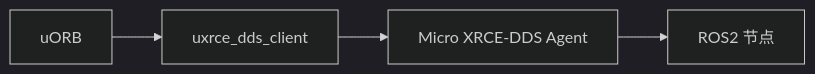
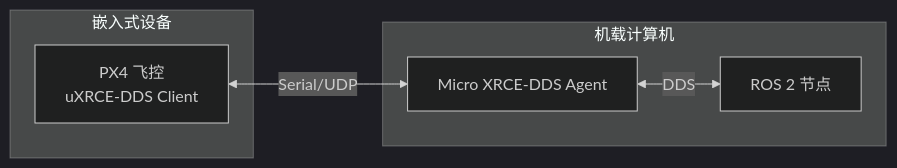
One commit to billsoft/PX4-Autopilot changed the second of 5 diagrams in .trae/documents/interfaces/dds.md. Above: the diagram before and after it, drawn with Mermaid (dark theme). The commit also changed other lines of this file and 7 other files, not shown here.

````diff
--- a/.trae/documents/interfaces/dds.md
+++ b/.trae/documents/interfaces/dds.md
@@ -5,6 +74,14 @@
 ```mermaid
 flowchart LR
-  uORB --> Bridge[uxrce_dds_client]
-  Bridge --> DDS[Micro XRCE-DDS Agent]
-  DDS --> ROS2[ROS2 节点]
+    PX4[PX4 飞控<br/>uXRCE-DDS Client] <-->|Serial/UDP| Agent[Micro XRCE-DDS Agent]
+    Agent <-->|DDS| ROS2[ROS 2 节点]
+
+    subgraph 嵌入式设备
+        PX4
+    end
+
+    subgraph 机载计算机
+        Agent
+        ROS2
+    end
 ```
````
